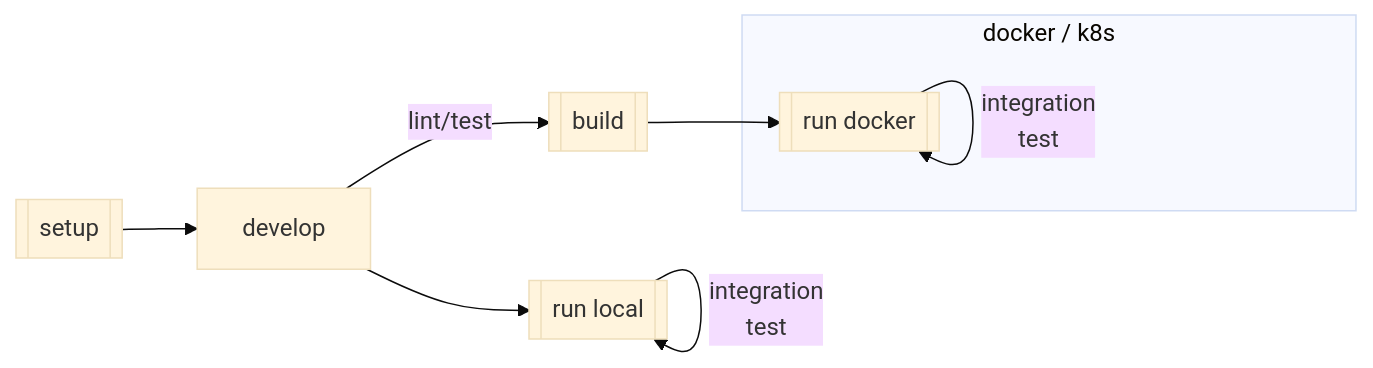
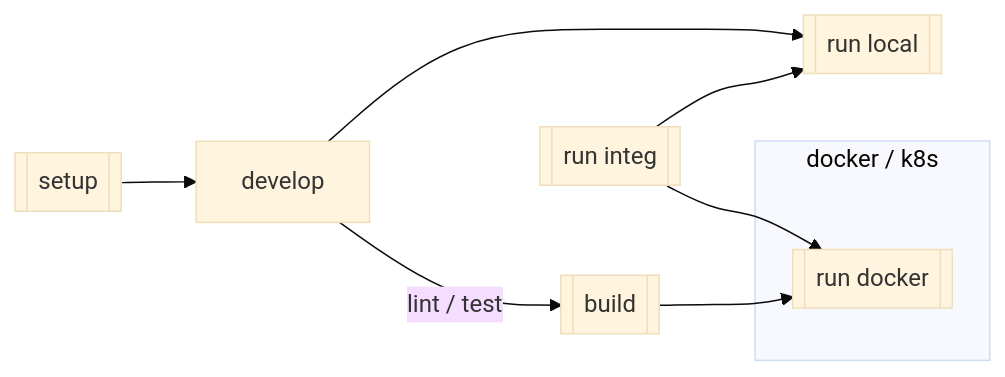
The diagram in CONTRIBUTING.md (DataBiosphere/terra-java-project-template), drawn with Mermaid (base theme) before and after one commit. The commit also changed other lines of this file, not shown here.

Commit message:
simplify diagram re: script execution / help

````diff
--- a/CONTRIBUTING.md
+++ b/CONTRIBUTING.md
@@ -27,19 +27,19 @@
 ```mermaid
 flowchart LR
-  e[[setup]]
-  v[develop]
-  e --> v
-  rc[[run local]]
-  v --> rc
-  rc -- " integration
-  test " --> rc
-  b[[build]]
+   e[[setup]]
+   v[develop]
+   e --> v
+   rc[[run local]]
+   v --> rc
+   b[[build]]
 
-  subgraph docker / k8s
-    rd[[run docker]]
-    rd -- " integration
-    test " --> rd
-  end
-  b --> rd
-  v -- lint/test --> b
+   subgraph docker / k8s
+      rd[[run docker]]
+   end
+   b --> rd
+   v -- lint / test --> b
+
+  ri[[run integ]]
+  ri --> rc
+  ri --> rd
 ```
````
